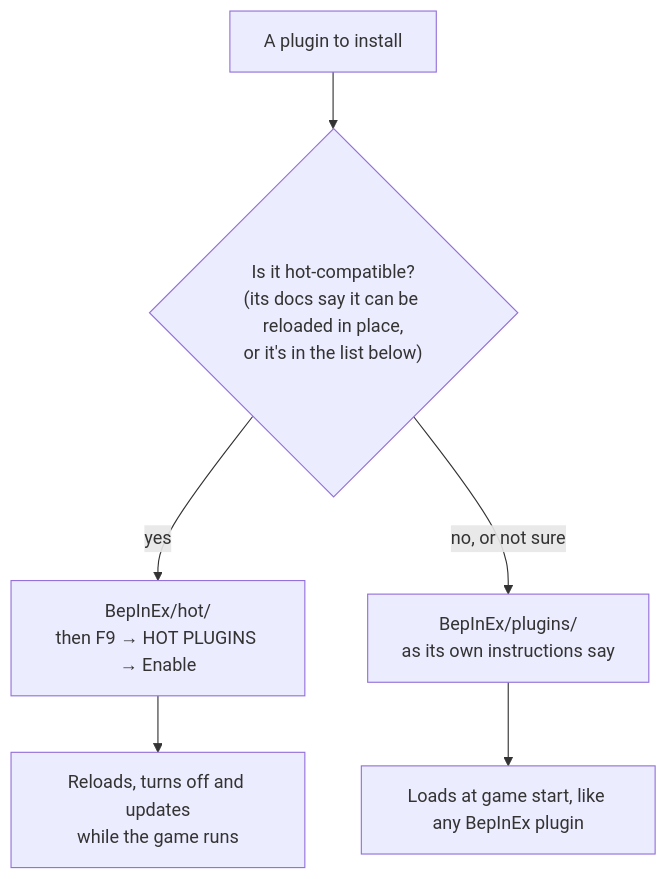
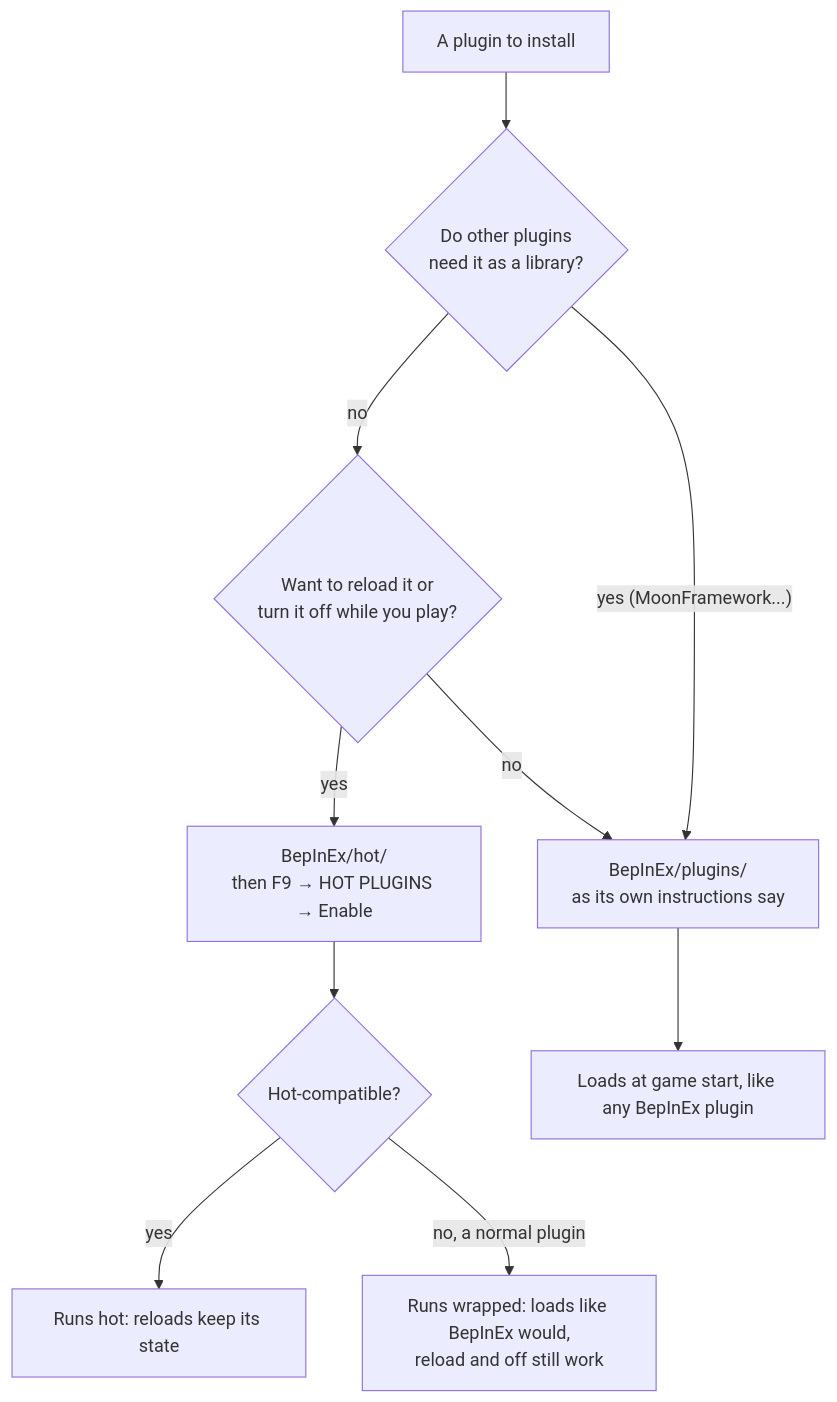
One commit to swheettaos/lunarlink changed the diagram in wiki/Installing-Plugins.md. Above: the diagram before and after it, drawn with Mermaid. The commit also changed other lines of this file and 22 other files, not shown here.

````diff
--- a/wiki/Installing-Plugins.md
+++ b/wiki/Installing-Plugins.md
@@ -14,8 +19,12 @@
 ```mermaid
 flowchart TD
-  p["A plugin to install"] --> q{"Is it hot-compatible?<br/>(its docs say it can be reloaded in place,<br/>or it's in the list below)"}
+  p["A plugin to install"] --> lib{"Do other plugins<br/>need it as a library?"}
+  lib -- "yes (MoonFramework...)" --> plug["BepInEx/plugins/<br/>as its own instructions say"]
+  lib -- "no" --> q{"Want to reload it or<br/>turn it off while you play?"}
   q -- "yes" --> hot["BepInEx/hot/<br/>then F9 → HOT PLUGINS → Enable"]
-  q -- "no, or not sure" --> plug["BepInEx/plugins/<br/>as its own instructions say"]
-  hot --> perk["Reloads, turns off and updates<br/>while the game runs"]
+  q -- "no" --> plug
+  hot --> kind{"Hot-compatible?"}
+  kind -- "yes" --> h1["Runs hot: reloads keep its state"]
+  kind -- "no, a normal plugin" --> h2["Runs wrapped: loads like BepInEx would,<br/>reload and off still work"]
   plug --> norm["Loads at game start, like any BepInEx plugin"]
 ```
````
